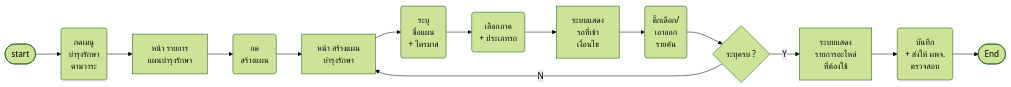
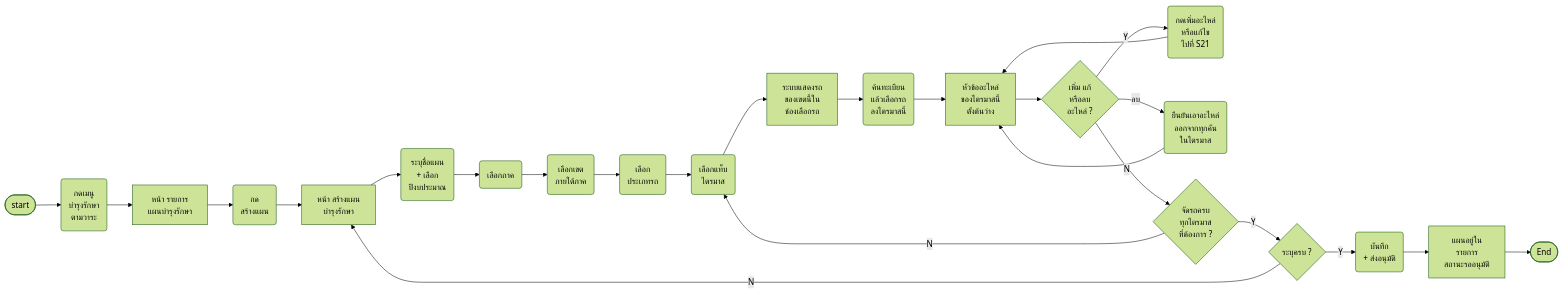
Before and after one commit to anugmail/Maintenance-Request-Form: the first of 21 diagrams in Diagram/01-บำรุงรักษาตามวาระ/14-บำรุงรักษา-userflow.md, drawn with Mermaid (forest theme). The commit also changed other lines of this file and 24 other files, not shown here.

First line of the commit message:
บำรุงรักษา: S10 กบค. / S23 ผู้รับจ้าง (แยก view · ส่งตรวจงาน · เพิ่ม แก้ไข ลบ อะไหล่และภาพ) · S11 ตรวจรับรายคันแบบการ์ด S2 · use case 76 ข้อ + ตาม scenario · export ทั้งชุดลงหน้า Maintainance

````diff
--- a/Diagram/01-บำรุงรักษาตามวาระ/14-บำรุงรักษา-userflow.md
+++ b/Diagram/01-บำรุงรักษาตามวาระ/14-บำรุงรักษา-userflow.md
@@ -62,19 +78,31 @@
 ```mermaid
 flowchart LR
     S([start]) --> A0("กดเมนู<br/>บำรุงรักษา<br/>ตามวาระ")
     A0 --> D1["หน้า รายการ<br/>แผนบำรุงรักษา"]
     D1 --> A1("กด<br/>สร้างแผน")
     A1 --> D2["หน้า สร้างแผน<br/>บำรุงรักษา"]
-    D2 --> A2("ระบุ<br/>ชื่อแผน<br/>+ ไตรมาส")
-    A2 --> A3("เลือกภาค<br/>+ ประเภทรถ")
-    A3 --> D4["ระบบแสดง<br/>รถที่เข้า<br/>เงื่อนไข"]
-    D4 --> A4("ติ๊กเลือก/<br/>เอาออก<br/>รายคัน")
-    A4 --> Q1{"ระบุครบ ?"}
+    D2 --> A2("ระบุชื่อแผน<br/>+ เลือก<br/>ปีงบประมาณ")
+    A2 --> A3("เลือกภาค")
+    A3 --> A7("เลือกเขต<br/>ภายใต้ภาค")
+    A7 --> A8("เลือก<br/>ประเภทรถ")
+    A8 --> A4("เลือกแท็บ<br/>ไตรมาส")
+    A4 --> D4["ระบบแสดงรถ<br/>ของเขตนี้ใน<br/>ช่องเลือกรถ"]
+    D4 --> A5("ค้นทะเบียน<br/>แล้วเลือกรถ<br/>ลงไตรมาสนี้")
+    A5 --> D3["หัวข้ออะไหล่<br/>ของไตรมาสนี้<br/>ตั้งต้นว่าง"]
+    D3 --> Q3{"เพิ่ม แก้<br/>หรือลบ<br/>อะไหล่ ?"}
+    Q3 -->|Y| A9("กดเพิ่มอะไหล่<br/>หรือแก้ไข<br/>ไปที่ S21")
+    A9 --> D3
+    Q3 -->|ลบ| A10("ยืนยันเอาอะไหล่<br/>ออกจากทุกคัน<br/>ในไตรมาส")
+    A10 --> D3
+    Q3 -->|N| Q2{"จัดรถครบ<br/>ทุกไตรมาส<br/>ที่ต้องการ ?"}
+    Q2 -->|N| A4
+    Q2 -->|Y| Q1{"ระบุครบ ?"}
     Q1 -->|N| D2
-    Q1 -->|Y| D3["ระบบแสดง<br/>รายการอะไหล่<br/>ที่ต้องใช้"]
-    D3 --> A5("บันทึก<br/>+ ส่งให้ ผพจ.<br/>ตรวจสอบ")
-    A5 --> E([End])
-    %% Q: A3 | Q29 ❓ เลือกได้ทีละภาค หรือหลายภาคในแผนเดียว · ประเภทรถเลือกได้หลายประเภทไหม · ประเภทรถอ้างรายการจากทะเบียนรถ VMS+ ชุดไหน
-    %% Q: D4 | Q30 ❓ รถที่เข้าเงื่อนไขติ๊กไว้ให้ทั้งหมดก่อน (เอาออกได้) หรือว่างให้เลือกเอง · รถสถานะรอยุบ/โอน ไม่แสดงตั้งแต่ตรงนี้ หรือแสดงแต่ติ๊กไม่ได้
-    %% Q: D3 | Q2 ❓ รายการอะไหล่ที่ระบบคำนวณ ให้ กบค. แก้ได้ไหม หรือเป็น Display อย่างเดียว
+    Q1 -->|Y| A6("บันทึก<br/>+ ส่งอนุมัติ")
+    A6 --> D5["แผนอยู่ใน<br/>รายการ<br/>สถานะรออนุมัติ"]
+    D5 --> E([End])
+    %% Q: A2 | Q31 ❓ รายการปีงบประมาณในช่องเลือก แสดงย้อนหลังและล่วงหน้ากี่ปี (เจ้าของงาน "ไม่จำกัดปี")
+    %% Q: A8 | Q29 ❓ ประเภทรถอ้างรายการจากทะเบียนรถ VMS+ ชุดไหน
+    %% Q: D4 | Q30 ❓ รถสถานะรอยุบ/โอน ซ่อนตั้งแต่ตอนเลือก หรือแสดงแต่เลือกไม่ได้
+    %% Q: A6 | Q32 ❓ ส่งอนุมัติไปที่ใคร (ผู้บังคับบัญชาตามสาย หรือหัวหน้า กบค.) กบค. ต้องเลือกผู้อนุมัติเองไหม
 ```
````
